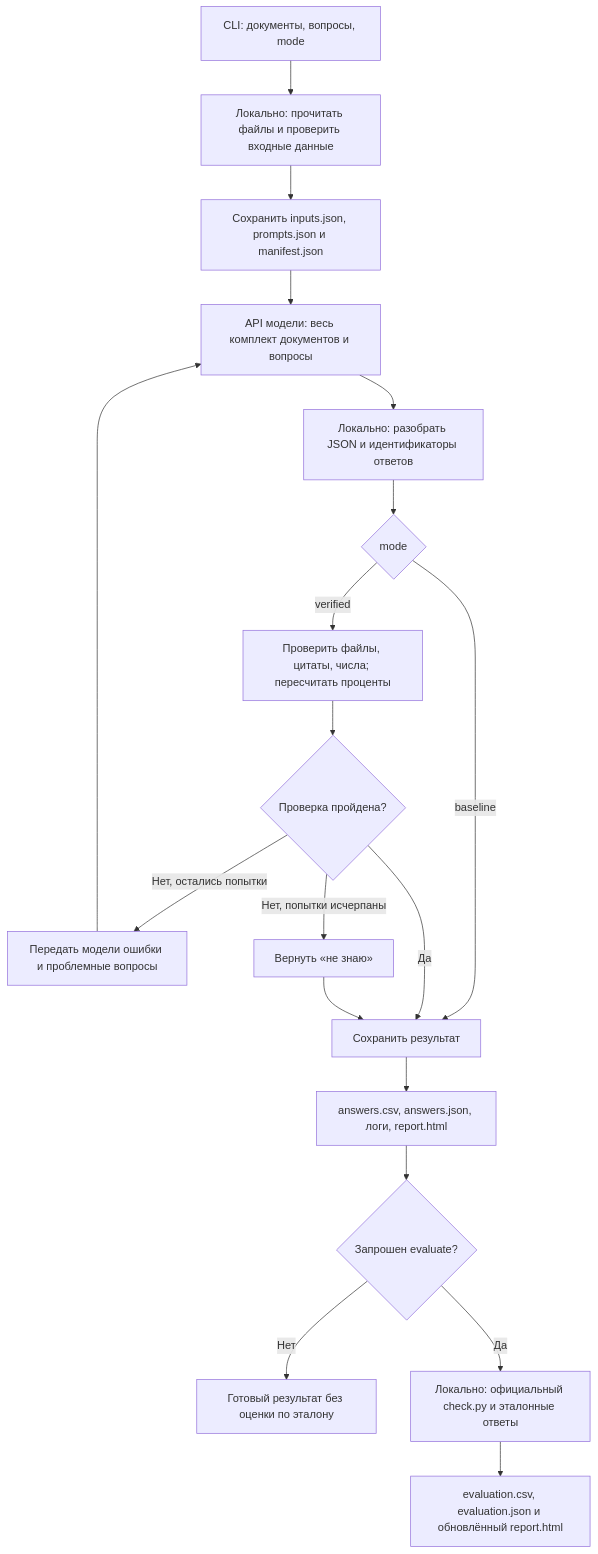
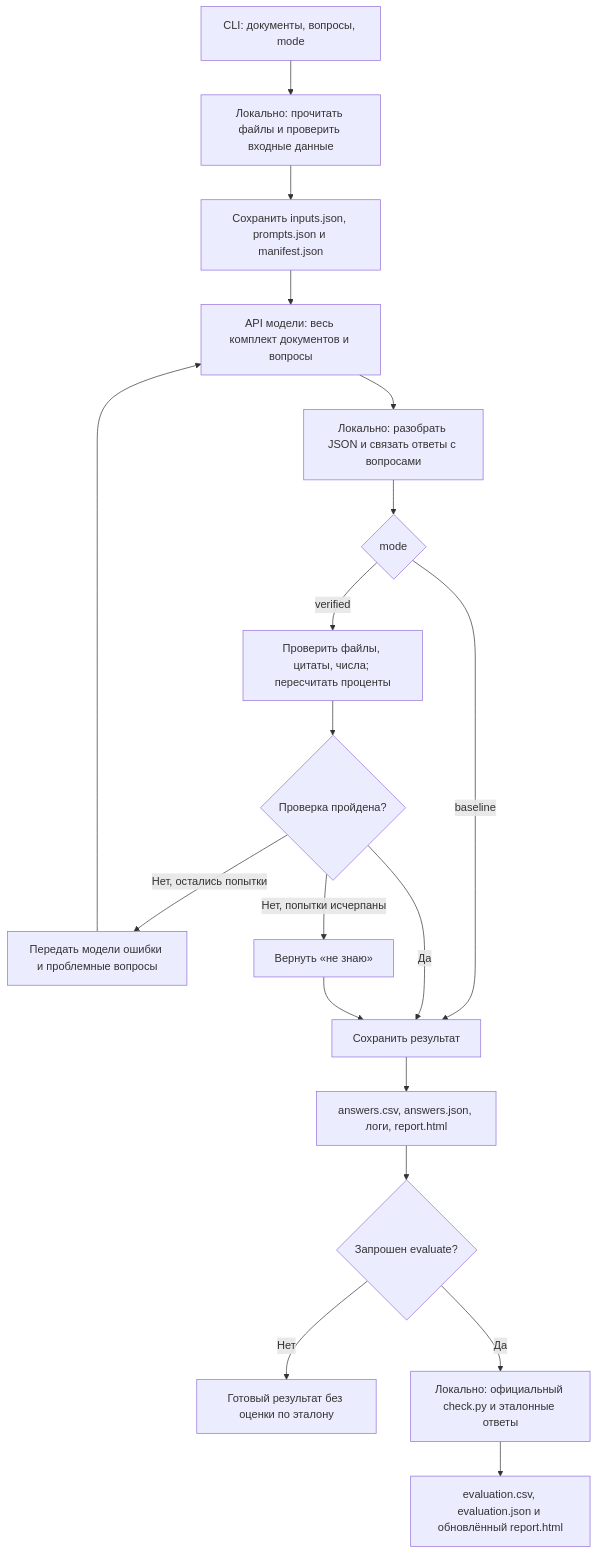
One commit to Rend-y/hacaton-2026 changed the diagram in README.md. Above: the diagram before and after it, drawn with Mermaid. The commit also changed other lines of this file and 23 other files, not shown here.

````diff
--- a/README.md
+++ b/README.md
@@ -439,21 +449,21 @@
 ```mermaid
 flowchart TD
     A["CLI: документы, вопросы, mode"] --> B["Локально: прочитать файлы и проверить входные данные"]
     B --> C["Сохранить inputs.json, prompts.json и manifest.json"]
     C --> D["API модели: весь комплект документов и вопросы"]
-    D --> E["Локально: разобрать JSON и идентификаторы ответов"]
+    D --> E["Локально: разобрать JSON и связать ответы с вопросами"]
     E --> F{"mode"}
     F -->|baseline| J["Сохранить результат"]
     F -->|verified| G["Проверить файлы, цитаты, числа; пересчитать проценты"]
     G --> H{"Проверка пройдена?"}
     H -->|Да| J
     H -->|Нет, остались попытки| I["Передать модели ошибки и проблемные вопросы"]
     I --> D
     H -->|Нет, попытки исчерпаны| K["Вернуть «не знаю»"]
     K --> J
     J --> L["answers.csv, answers.json, логи, report.html"]
     L --> M{"Запрошен evaluate?"}
     M -->|Нет| N["Готовый результат без оценки по эталону"]
     M -->|Да| O["Локально: официальный check.py и эталонные ответы"]
     O --> P["evaluation.csv, evaluation.json и обновлённый report.html"]
 ```
````
